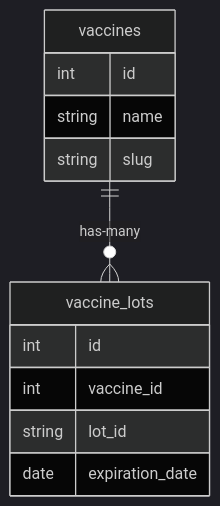
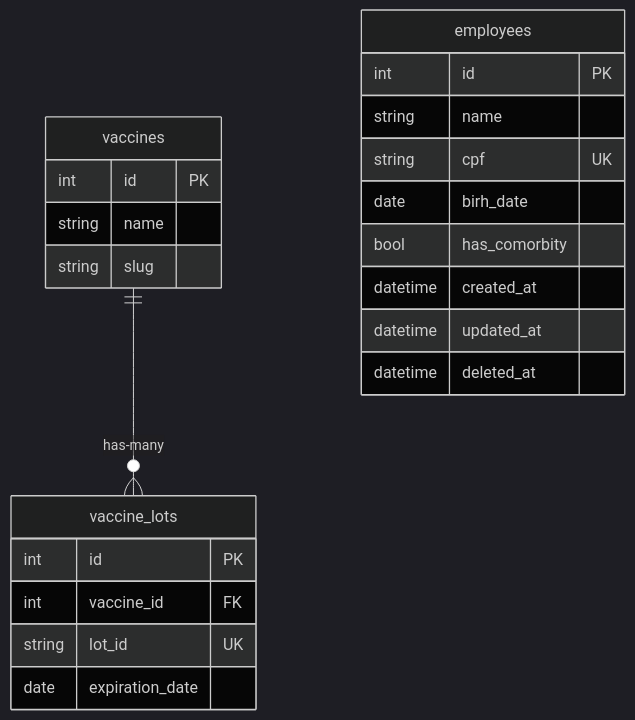
The diagram in README.md (qreidt/feegow-challenge-covid), drawn with Mermaid (dark theme) before and after one commit. The commit also changed other lines of this file and 3 other files, not shown here.

````diff
--- a/README.md
+++ b/README.md
@@ -4,17 +4,28 @@
 ```mermaid
 erDiagram
     vaccines {
-        int id
+        int id PK
         string name
         string slug
     }
     
     vaccine_lots {
-        int id
-        int vaccine_id
-        string lot_id
+        int id PK
+        int vaccine_id FK
+        string lot_id UK
         date expiration_date
     }
 
     vaccines || -- o{ vaccine_lots : has-many
+    
+    employees {
+        int id PK
+        string name
+        string cpf UK
+        date birh_date
+        bool has_comorbity
+        datetime created_at
+        datetime updated_at
+        datetime deleted_at
+    }
 ```
````
